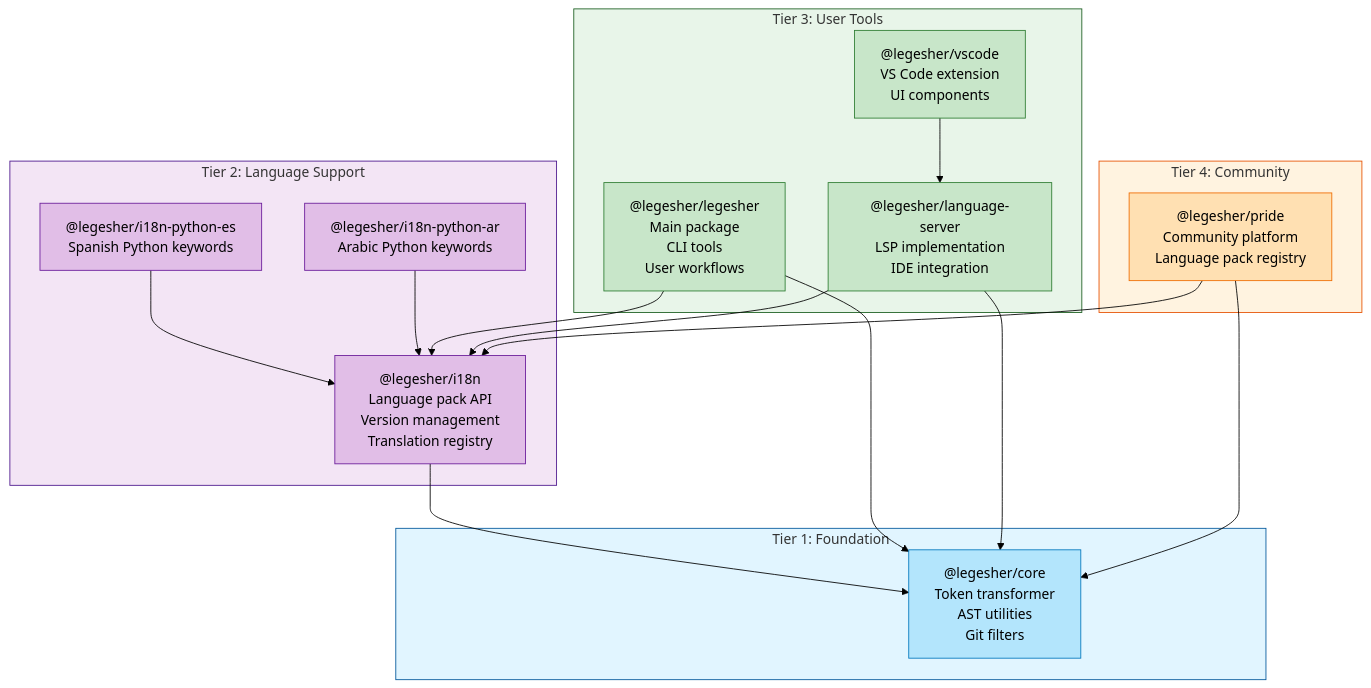
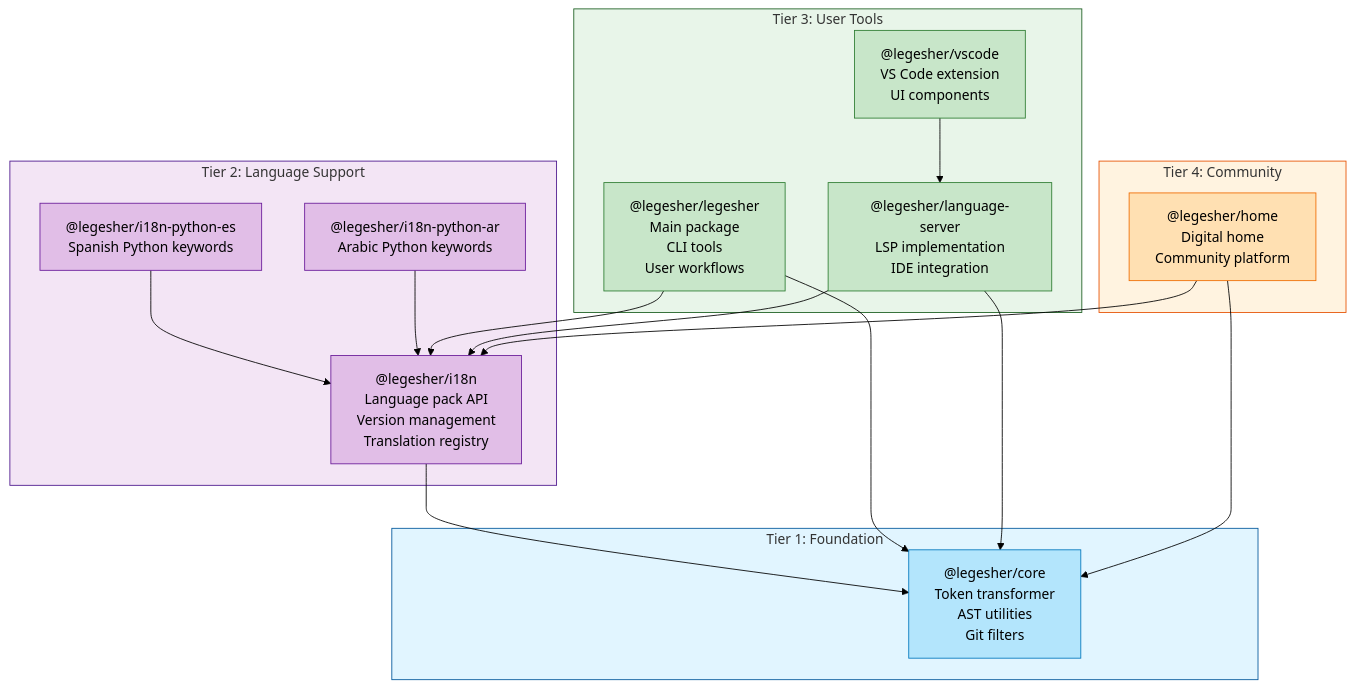
One commit to legesher/legesher changed the first of 5 diagrams in docs/architecture/diagrams.md. Above: the diagram before and after it, drawn with Mermaid (forest theme). The commit also changed other lines of this file and 30 other files, not shown here.

First line of the commit message:
feat(home): rename legesher-pride to legesher-home [CORE-515] (#91)

````diff
--- a/docs/architecture/diagrams.md
+++ b/docs/architecture/diagrams.md
@@ -28,51 +28,51 @@
 ```mermaid
 flowchart TB
     subgraph Tier1["Tier 1: Foundation"]
         style Tier1 fill:#e1f5ff,stroke:#01579b
         core["@legesher/core<br/>Token transformer<br/>AST utilities<br/>Git filters"]
         style core fill:#b3e5fc,stroke:#0277bd
     end
 
     subgraph Tier2["Tier 2: Language Support"]
         style Tier2 fill:#f3e5f5,stroke:#4a148c
         i18n["@legesher/i18n<br/>Language pack API<br/>Version management<br/>Translation registry"]
         style i18n fill:#e1bee7,stroke:#6a1b9a
 
         i18n-python-es["@legesher/i18n-python-es<br/>Spanish Python keywords"]
         i18n-python-ar["@legesher/i18n-python-ar<br/>Arabic Python keywords"]
 
         style i18n-python-es fill:#e1bee7,stroke:#6a1b9a
         style i18n-python-ar fill:#e1bee7,stroke:#6a1b9a
     end
 
     subgraph Tier3["Tier 3: User Tools"]
         style Tier3 fill:#e8f5e9,stroke:#1b5e20
         legesher["@legesher/legesher<br/>Main package<br/>CLI tools<br/>User workflows"]
         language-server["@legesher/language-server<br/>LSP implementation<br/>IDE integration"]
         vscode["@legesher/vscode<br/>VS Code extension<br/>UI components"]
 
         style legesher fill:#c8e6c9,stroke:#2e7d32
         style language-server fill:#c8e6c9,stroke:#2e7d32
         style vscode fill:#c8e6c9,stroke:#2e7d32
     end
 
     subgraph Tier4["Tier 4: Community"]
         style Tier4 fill:#fff3e0,stroke:#e65100
-        pride["@legesher/pride<br/>Community platform<br/>Language pack registry"]
-        style pride fill:#ffe0b2,stroke:#ef6c00
+        home["@legesher/home<br/>Digital home<br/>Community platform"]
+        style home fill:#ffe0b2,stroke:#ef6c00
     end
 
     %% Dependencies
     i18n --> core
     i18n-python-es --> i18n
     i18n-python-ar --> i18n
 
     legesher --> core
     legesher --> i18n
     language-server --> core
     language-server --> i18n
     vscode --> language-server
 
-    pride --> core
-    pride --> i18n
+    home --> core
+    home --> i18n
 ```
````
